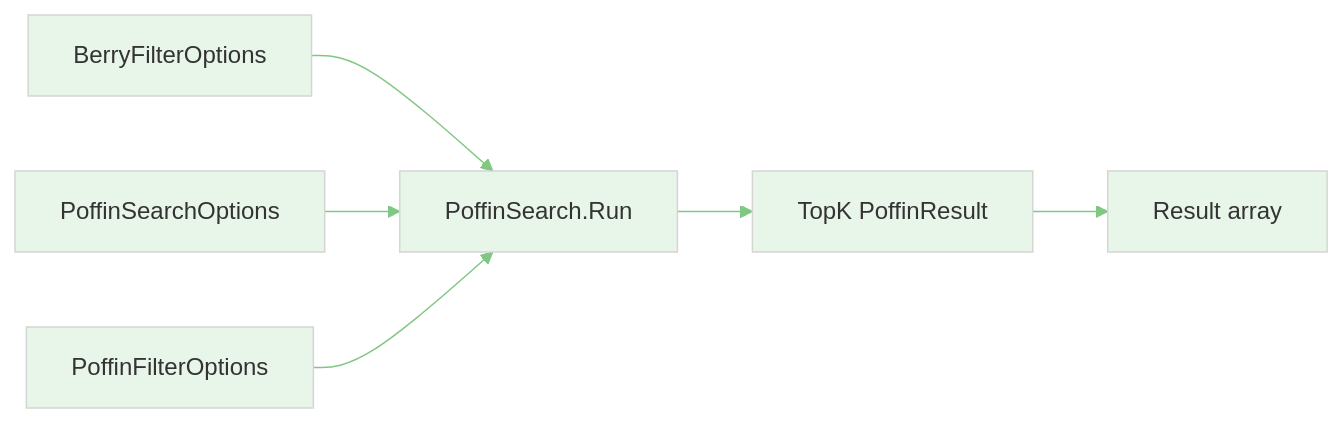
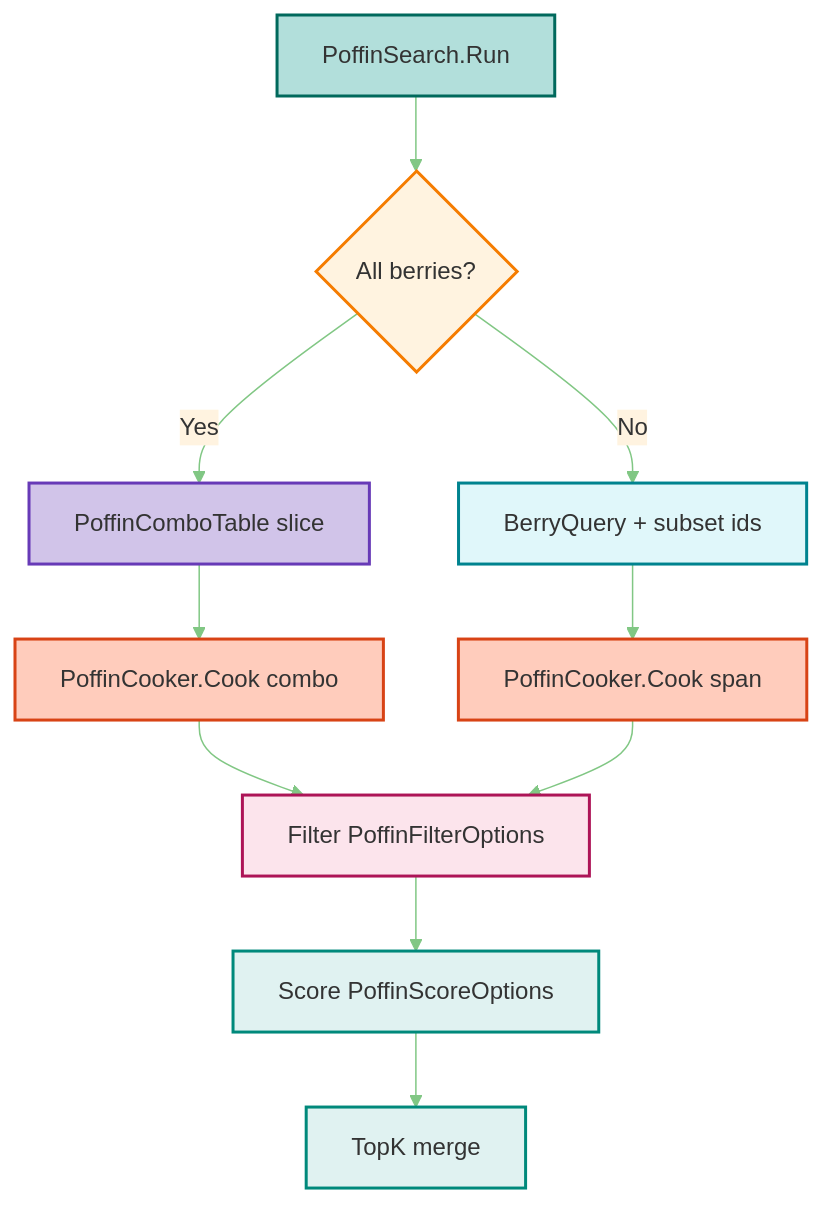
The fourth of 4 diagrams in docs/API.Flows.md (GlassToeStudio/BDSP), drawn with Mermaid before and after one commit. The commit also changed other lines of this file, not shown here.

Commit message:
colorize and arrange diagram.

````diff
--- a/docs/API.Flows.md
+++ b/docs/API.Flows.md
@@ -60,10 +78,24 @@
 ```mermaid
 %%{init: {'theme':'base', 'themeVariables': { 'primaryColor':'#e8f5e9','secondaryColor':'#fff3e0','tertiaryColor':'#e1f5fe', 'lineColor':'#81c784'}, 'themeCSS': '.flowchart-link { stroke-width: 2.5px !important; }'}}%%
 
-flowchart LR
-    A[BerryFilterOptions] --> B[PoffinSearch.Run]
-    C[PoffinSearchOptions] --> B
-    D[PoffinFilterOptions] --> B
-    B --> E[TopK PoffinResult]
-    E --> F[Result array]
+flowchart TD
+    A[PoffinSearch.Run] --> B{All berries?}
+    B -->|Yes| C[PoffinComboTable slice]
+    B -->|No| D[BerryQuery + subset ids]
+    C --> E[PoffinCooker.Cook combo]
+    D --> F[PoffinCooker.Cook span]
+    E --> G[Filter PoffinFilterOptions]
+    F --> G
+    G --> H[Score PoffinScoreOptions]
+    H --> I[TopK merge]
+
+    style A fill:#b2dfdb,stroke:#00695c,stroke-width:2px
+    style B fill:#fff3e0,stroke:#f57c00,stroke-width:2px
+    style C fill:#d1c4e9,stroke:#673ab7,stroke-width:2px
+    style D fill:#e0f7fa,stroke:#00838f,stroke-width:2px
+    style E fill:#ffccbc,stroke:#d84315,stroke-width:2px
+    style F fill:#ffccbc,stroke:#d84315,stroke-width:2px
+    style G fill:#fce4ec,stroke:#ad1457,stroke-width:2px
+    style H fill:#e0f2f1,stroke:#00897b,stroke-width:2px
+    style I fill:#e0f2f1,stroke:#00897b,stroke-width:2px
 ```
````
